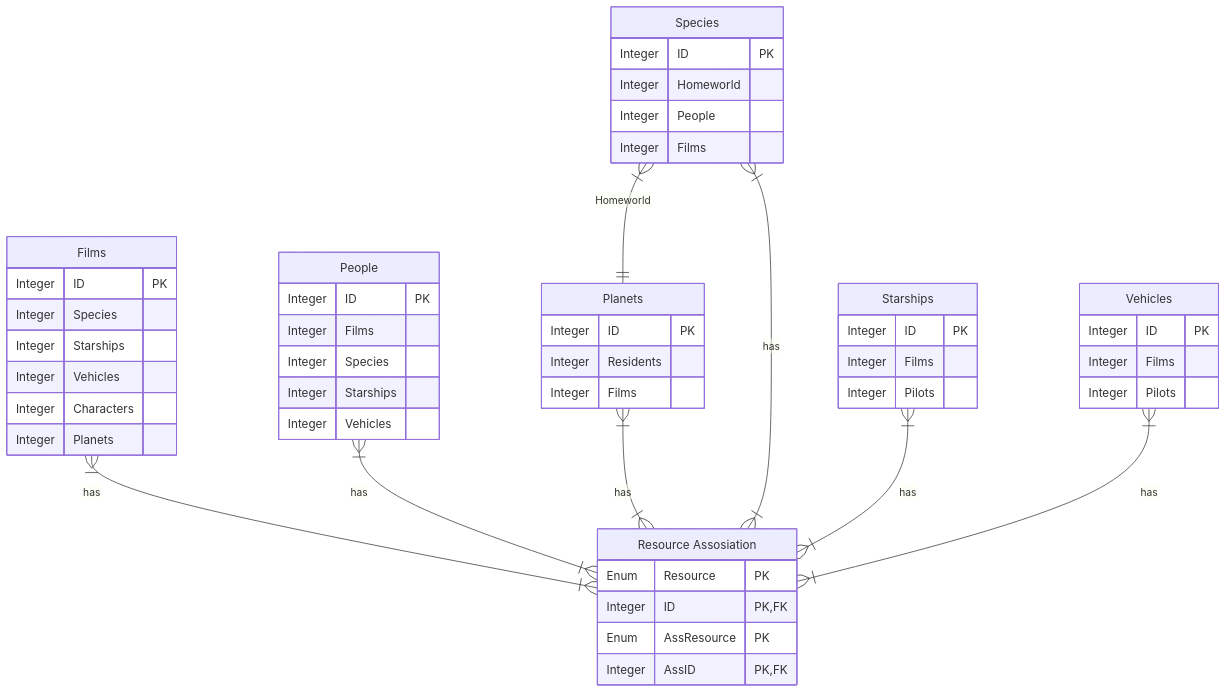
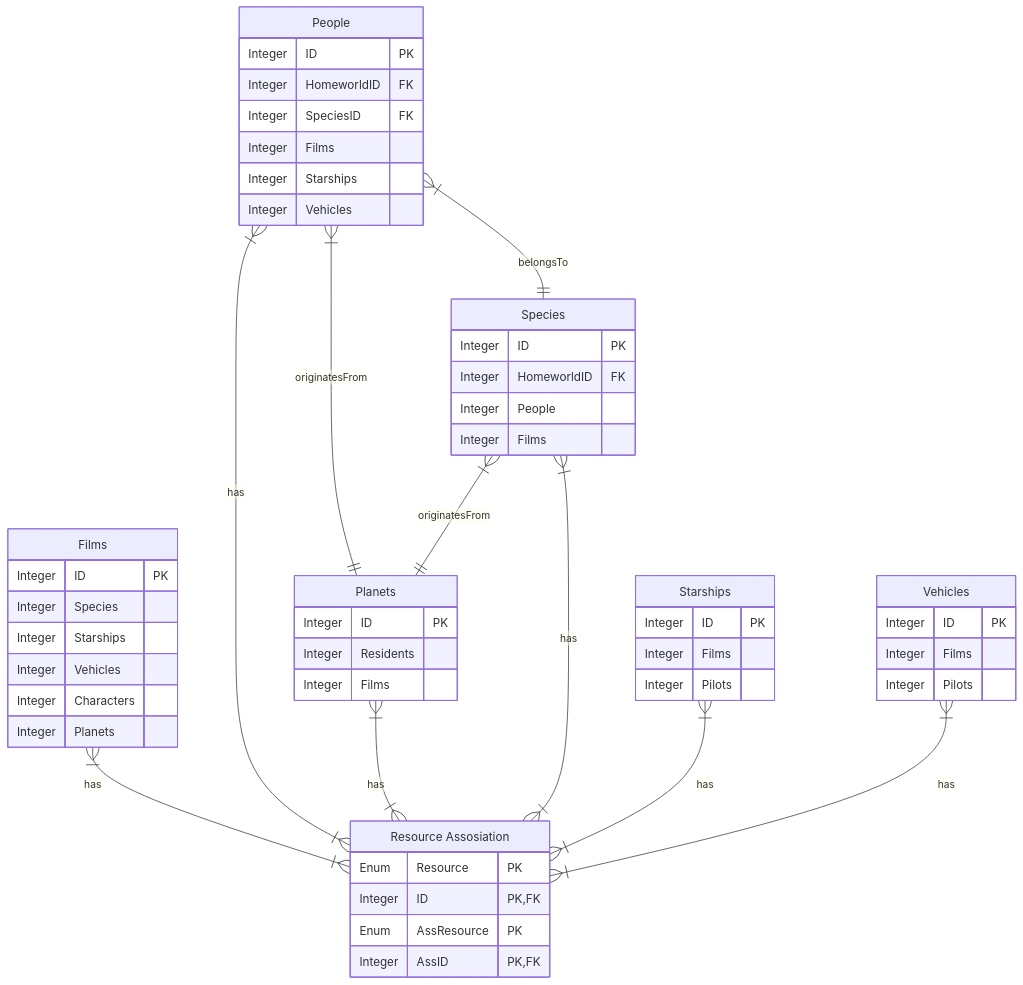
The diagram in README.md (Wholffe/BC-SWAPI), drawn with Mermaid before and after one commit. The commit also changed 5 other files, not shown here.

Commit message:
update .readme, replace people fields Homeworld with HomeworldID and HomeworldName and Species with SpeciesID and SpeciesName

````diff
--- a/README.md
+++ b/README.md
@@ -8,53 +8,56 @@
 ```mermaid
 erDiagram
     Films {
         Integer ID PK
         Integer Species
         Integer Starships
         Integer Vehicles
         Integer Characters
         Integer Planets
     }
     People {
         Integer ID PK
+        Integer HomeworldID FK
+        Integer SpeciesID FK
         Integer Films
-        Integer Species
         Integer Starships
         Integer Vehicles
     }
     Planets {
         Integer ID PK
         Integer Residents
         Integer Films
     }
     Species {
         Integer ID PK
-        Integer Homeworld
+        Integer HomeworldID FK
         Integer People
         Integer Films
     }
     Starships {
         Integer ID PK
         Integer Films
         Integer Pilots
     }
     Vehicles {
         Integer ID PK
         Integer Films
         Integer Pilots
     }
     "Resource Assosiation" {
         Enum Resource PK
         Integer ID PK,FK
         Enum AssResource PK
         Integer AssID PK,FK
     }
     
     Films }|--|{ "Resource Assosiation" : has
     People }|--|{ "Resource Assosiation" : has
+    People }|--|| Planets : originatesFrom
+    People }|--|| Species : belongsTo
     Planets }|--|{ "Resource Assosiation" : has
     Species }|--|{ "Resource Assosiation" : has
-    Species }|--|| Planets : Homeworld
+    Species }|--|| Planets : originatesFrom
     Starships }|--|{ "Resource Assosiation" : has
     Vehicles }|--|{ "Resource Assosiation" : has
 ```
````
